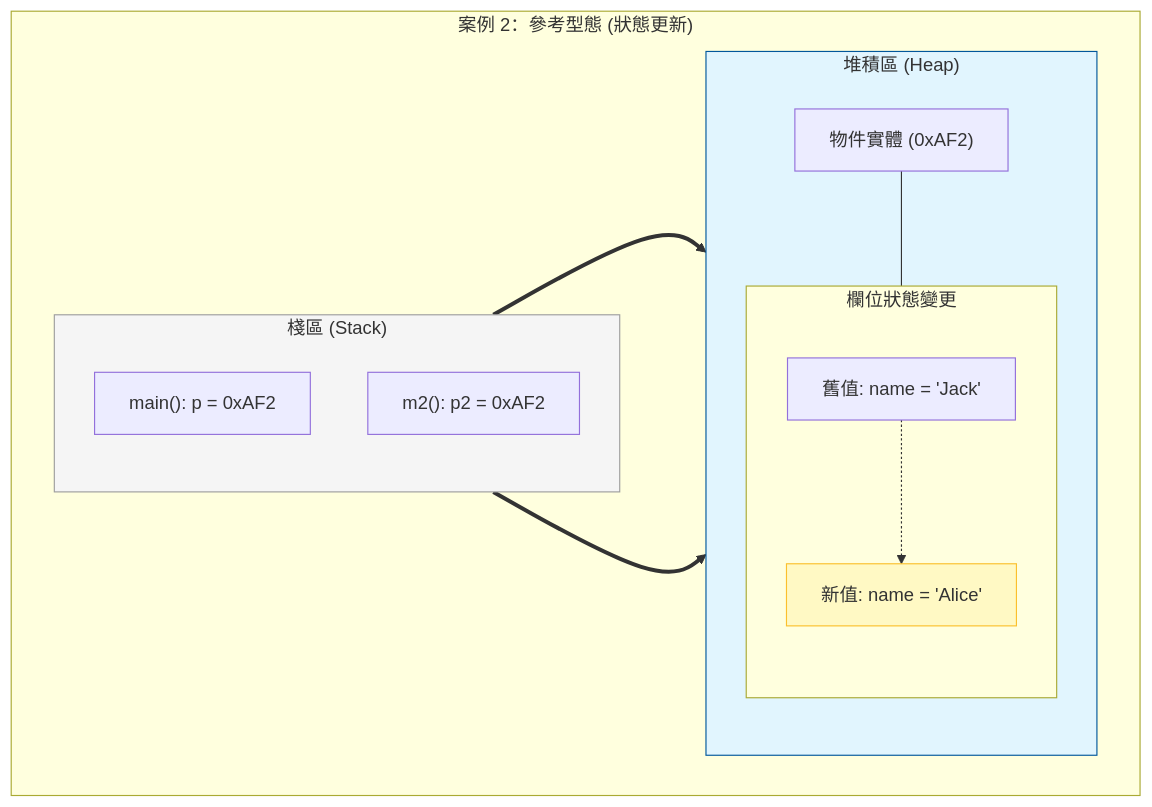
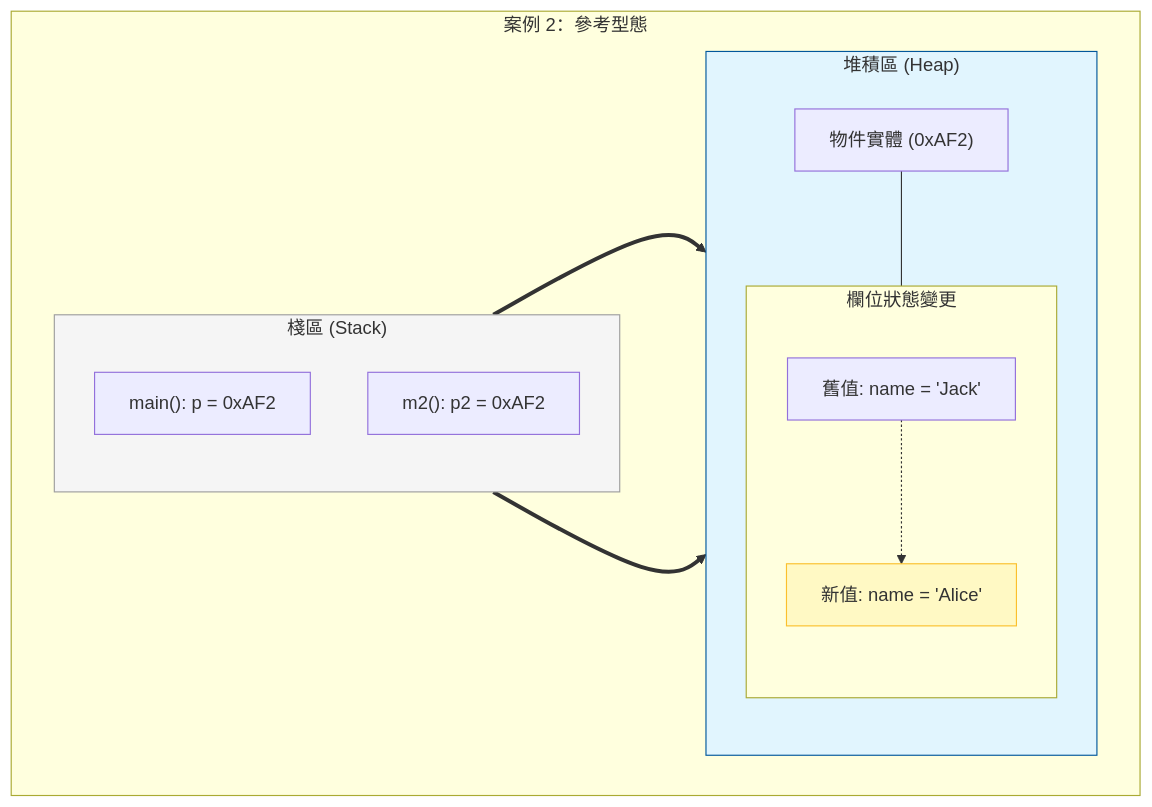
The second of 10 diagrams in Part1-OOP/ch01_obp.md (nlhsueh/teach_sw_fw), drawn with Mermaid before and after one commit. The commit also changed other lines of this file, not shown here.

Commit message:
Add educational Mermaid diagrams for Deep Copy, Static Members, and UML relationships in Ch01

````diff
--- a/Part1-OOP/ch01_obp.md
+++ b/Part1-OOP/ch01_obp.md
@@ -619,38 +621,38 @@
 ```mermaid
 graph LR
-    subgraph "案例 2：參考型態 (狀態更新)"
+    subgraph "案例 2：參考型態"
         direction LR
         
         %% 棧區的部分
         subgraph Stack ["棧區 (Stack)"]
             direction TB
             main2["main(): p = 0xAF2"]
             m2["m2(): p2 = 0xAF2"]
         end
 
         %% 堆積區的部分
         subgraph Heap ["堆積區 (Heap)"]
             direction TB
             obj["物件實體 (0xAF2)"]
             
             %% 強制 name 與 name_new 垂直排列
             subgraph State ["欄位狀態變更"]
                 direction TB
                 name["舊值: name = 'Jack'"]
                 name_new["新值: name = 'Alice'"]
                 name -.-> name_new
             end
             
             obj --- State
         end
 
         %% 指標指向堆積區
         main2 ==> obj
         m2 ==> obj
     end
 
     %% 樣式設定
     style name_new fill:#fff9c4,stroke:#fbc02d
     style Heap fill:#e1f5fe,stroke:#01579b
     style Stack fill:#f5f5f5,stroke:#9e9e9e
 ```    
````
